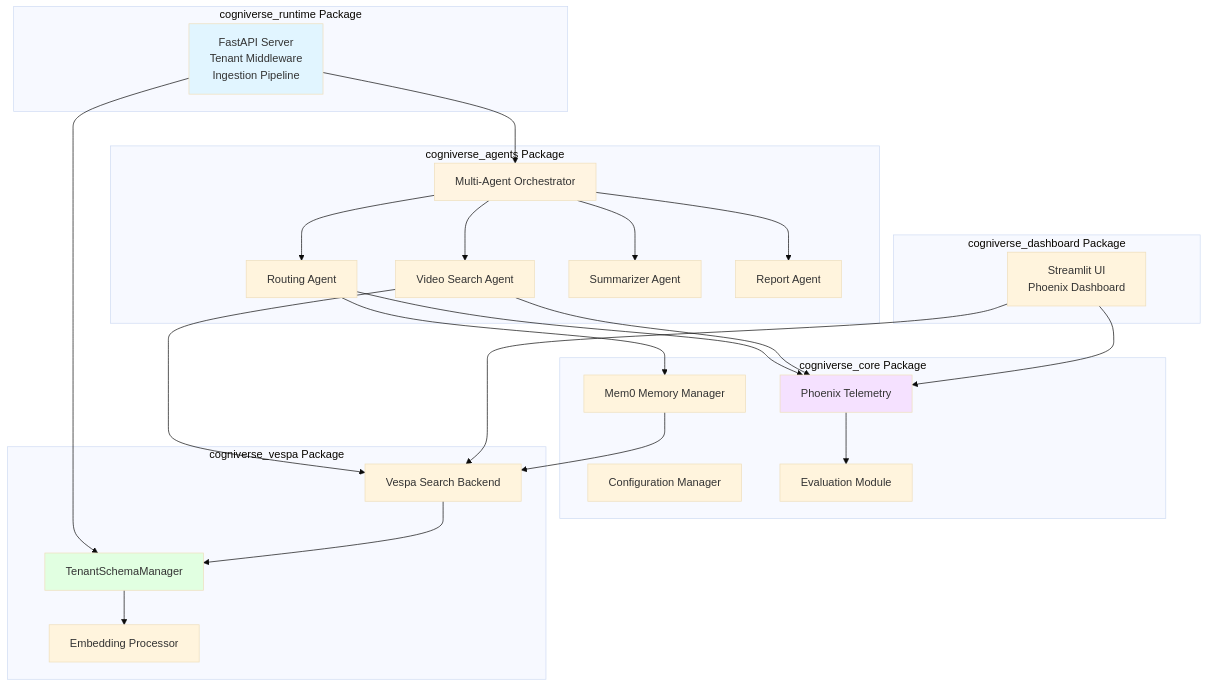
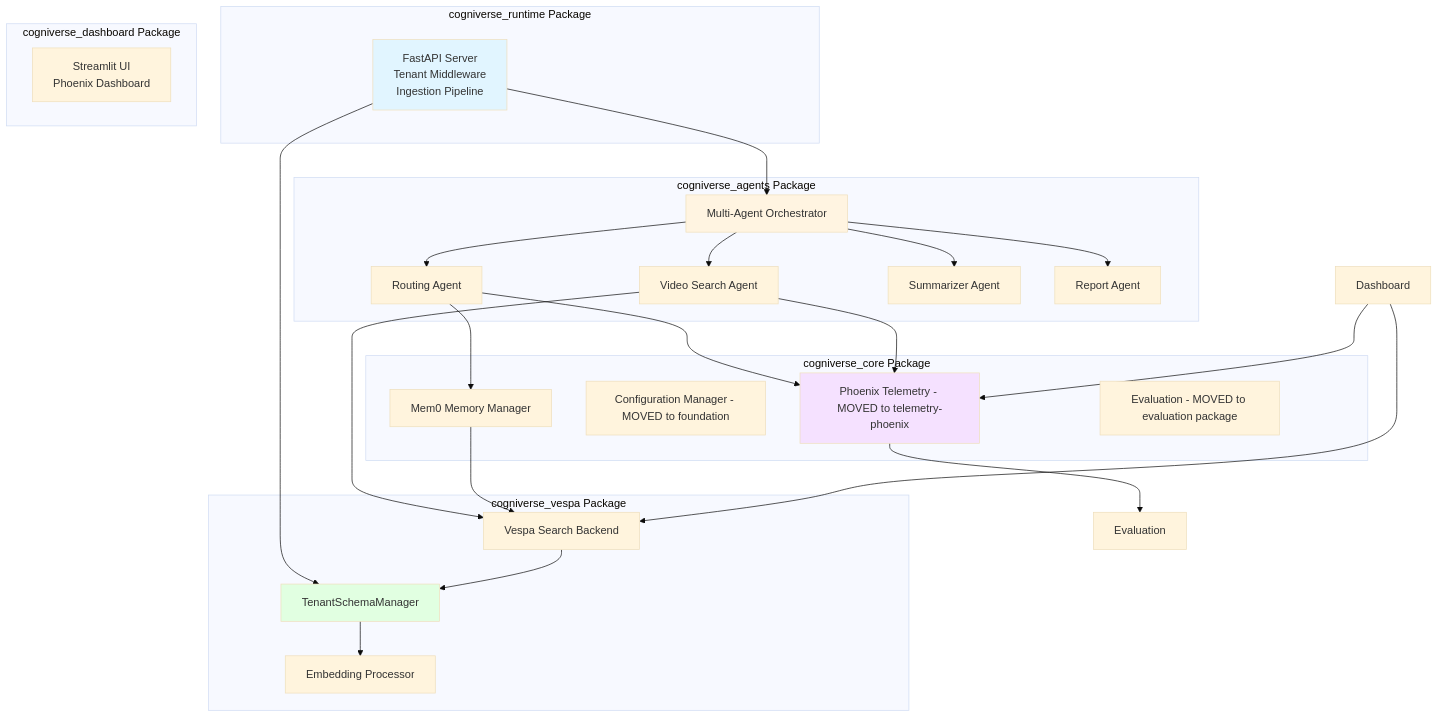
Before and after one commit to amit-jain/cogniverse: the second of 26 diagrams in docs/architecture/system-flows.md, drawn with Mermaid (base theme). The commit also changed other lines of this file and 49 other files, not shown here.

First line of the commit message:
Update all documentation to reflect 10-package architecture

````diff
--- a/docs/architecture/system-flows.md
+++ b/docs/architecture/system-flows.md
@@ -26,58 +85,58 @@
 ```mermaid
 graph TB
     subgraph "cogniverse_runtime Package"
         Runtime[FastAPI Server<br/>Tenant Middleware<br/>Ingestion Pipeline]
     end
 
     subgraph "cogniverse_agents Package"
         Orchestrator[Multi-Agent Orchestrator]
         Routing[Routing Agent]
         VideoAgent[Video Search Agent]
         Summarizer[Summarizer Agent]
         ReportAgent[Report Agent]
     end
 
     subgraph "cogniverse_core Package"
         Memory[Mem0 Memory Manager]
-        Config[Configuration Manager]
-        Telemetry[Phoenix Telemetry]
-        Evaluation[Evaluation Module]
+        Config[Configuration Manager - MOVED to foundation]
+        Telemetry[Phoenix Telemetry - MOVED to telemetry-phoenix]
+        EvalModule[Evaluation - MOVED to evaluation package]
     end
 
     subgraph "cogniverse_vespa Package"
         TenantMgr[TenantSchemaManager]
         VespaBackend[Vespa Search Backend]
         EmbedProc[Embedding Processor]
     end
 
     subgraph "cogniverse_dashboard Package"
-        Dashboard[Streamlit UI<br/>Phoenix Dashboard]
+        DashboardUI[Streamlit UI<br/>Phoenix Dashboard]
     end
 
     Runtime --> Orchestrator
     Runtime --> TenantMgr
 
     Orchestrator --> Routing
     Orchestrator --> VideoAgent
     Orchestrator --> Summarizer
     Orchestrator --> ReportAgent
 
     Routing --> Memory
     Routing --> Telemetry
     VideoAgent --> VespaBackend
     VideoAgent --> Telemetry
 
     Memory --> VespaBackend
     Telemetry --> Evaluation
 
     VespaBackend --> TenantMgr
     TenantMgr --> EmbedProc
 
     Dashboard --> Telemetry
     Dashboard --> VespaBackend
 
     style Runtime fill:#e1f5ff
     style Orchestrator fill:#fff4e1
     style TenantMgr fill:#e1ffe1
     style Telemetry fill:#f5e1ff
 ```
````
